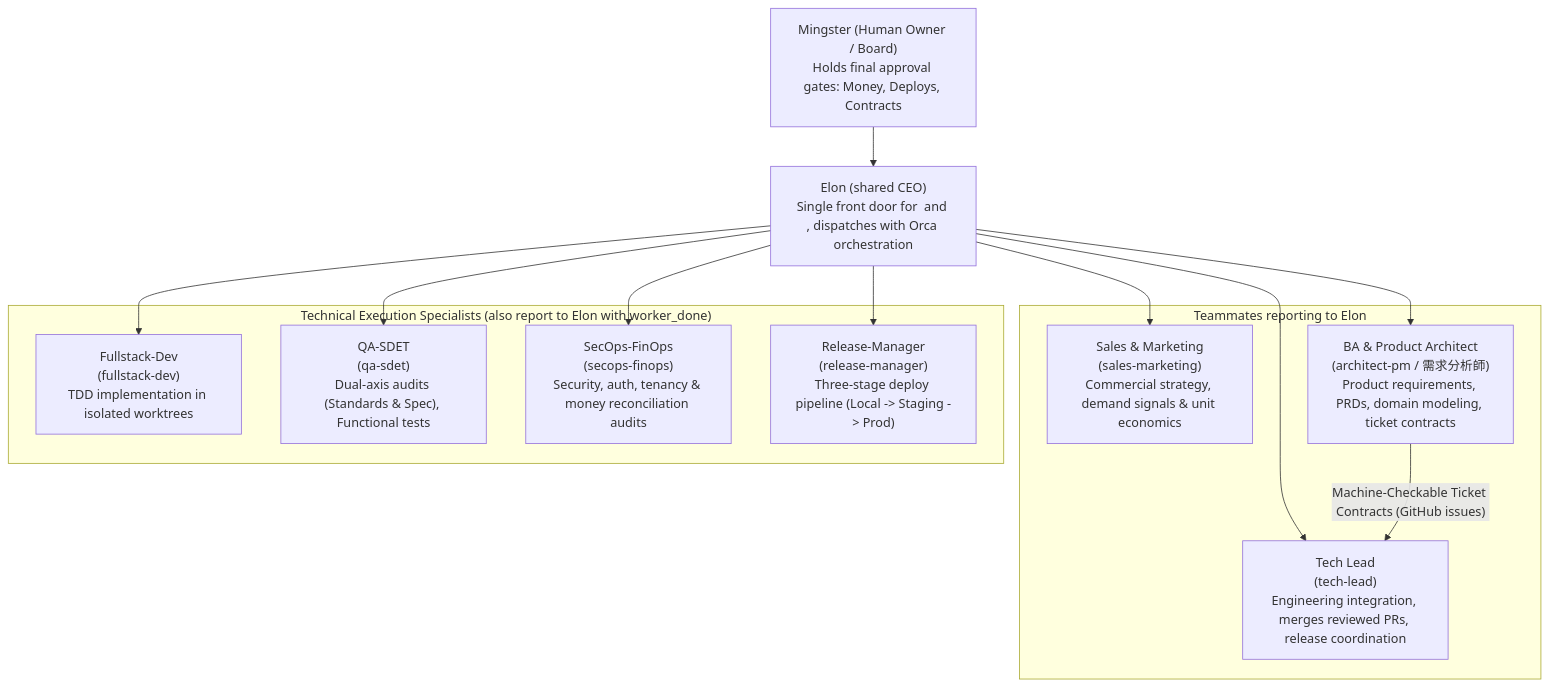
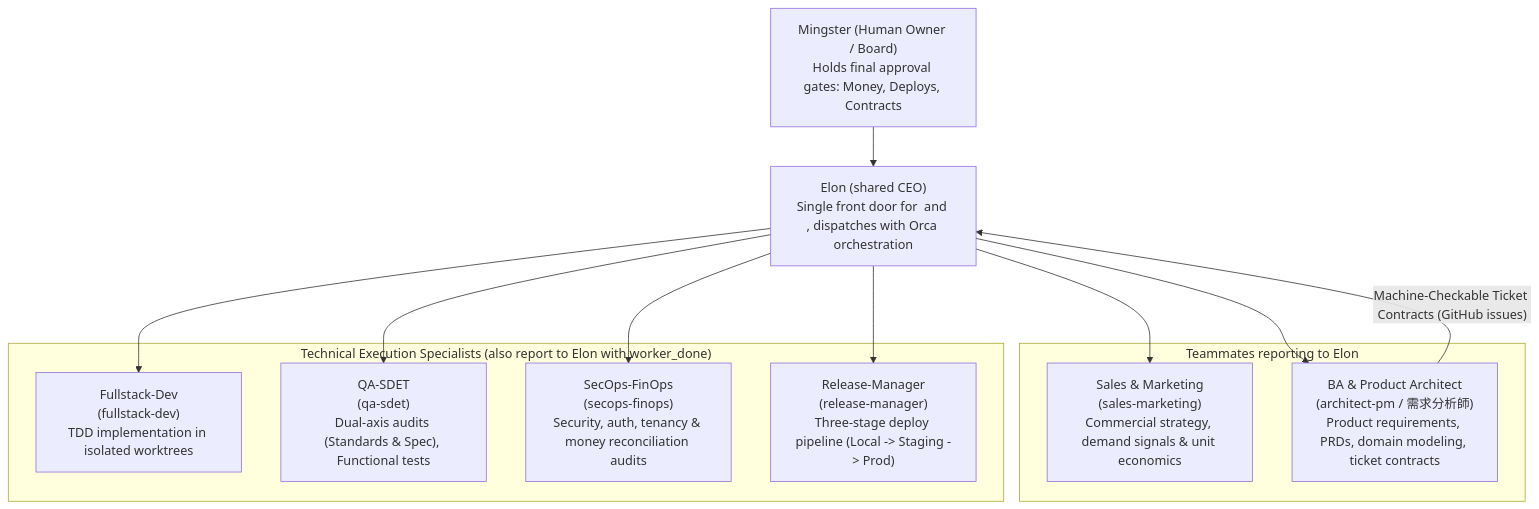
One commit to mingster/dotfiles changed the first of 2 diagrams in docs/agents/agent-team-architecture.md. Above: the diagram before and after it, drawn with Mermaid. The commit also changed other lines of this file and 50 other files, not shown here.

First line of the commit message:
Remove the Tech Lead and close the usage gate

````diff
--- a/docs/agents/agent-team-architecture.md
+++ b/docs/agents/agent-team-architecture.md
@@ -9,29 +9,27 @@
 ```mermaid
 flowchart TD
     Board["Mingster (Human Owner / Board)\nHolds final approval gates: Money, Deploys, Contracts"]
     CEO["Elon (shared CEO)\nSingle front door for <project-a> and <project-b>, dispatches with Orca orchestration"]
     
     subgraph Direct_Reports["Teammates reporting to Elon"]
         Sales["Sales & Marketing\n(sales-marketing)\nCommercial strategy, demand signals & unit economics"]
         BA["BA & Product Architect\n(architect-pm / 需求分析師)\nProduct requirements, PRDs, domain modeling, ticket contracts"]
-        TL["Tech Lead\n(tech-lead)\nEngineering integration, merges reviewed PRs, release coordination"]
     end
     
     subgraph Tech_Specialists["Technical Execution Specialists (also report to Elon with worker_done)"]
         Dev["Fullstack-Dev\n(fullstack-dev)\nTDD implementation in isolated worktrees"]
         QA["QA-SDET\n(qa-sdet)\nDual-axis audits (Standards & Spec), Functional tests"]
         SecOps["SecOps-FinOps\n(secops-finops)\nSecurity, auth, tenancy & money reconciliation audits"]
         RM["Release-Manager\n(release-manager)\nThree-stage deploy pipeline (Local -> Staging -> Prod)"]
     end
 
     Board --> CEO
     CEO --> Sales
     CEO --> BA
-    CEO --> TL
     
-    BA -- "Machine-Checkable Ticket Contracts (GitHub issues)" --> TL
+    BA -- "Machine-Checkable Ticket Contracts (GitHub issues)" --> CEO
     CEO --> Dev
     CEO --> QA
     CEO --> SecOps
     CEO --> RM
 ```
````
